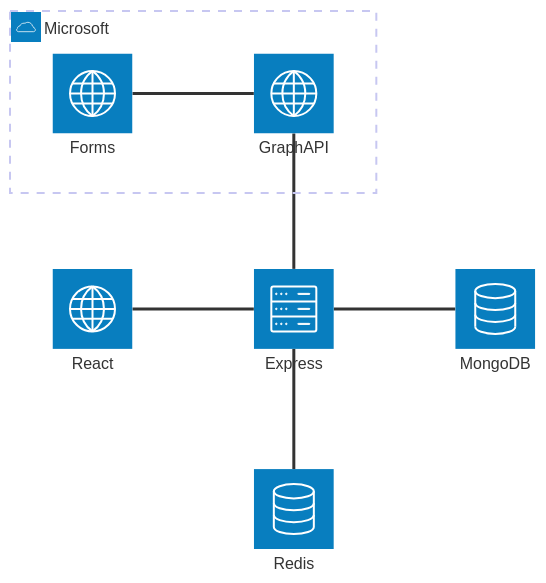
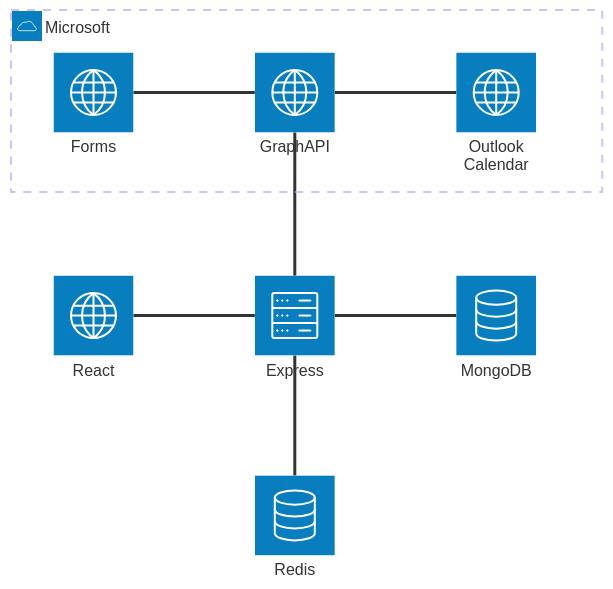
Before and after one commit to Infopisteprojekti/infopiste: the diagram in documentation/architecture.md, drawn with Mermaid.

Commit message:
Add Outlook Calendar service to architecture diagram

````diff
--- a/documentation/architecture.md
+++ b/documentation/architecture.md
@@ -1,20 +1,20 @@
 ```mermaid
  architecture-beta
     group microsoft(cloud)[Microsoft]
-
 
     service db(database)[MongoDB]
     service redis(database)[Redis]
     service server(server)[Express]
     service react(internet)[React]
 
     service ms(internet)[GraphAPI] in microsoft
-
+    service calendar(internet)[Outlook Calendar] in microsoft
     service forms(internet)[Forms] in microsoft
 
     db:L -- R:server
     server:B -- T:redis
     server:L -- R:react
     server:T -- B:ms
     forms:R -- L:ms
+    calendar:L -- R:ms
 ```
````
